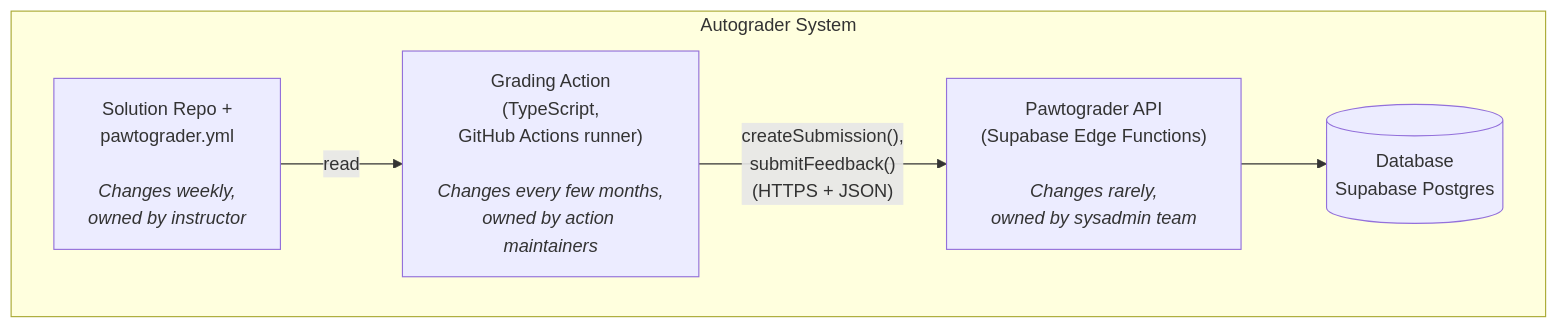
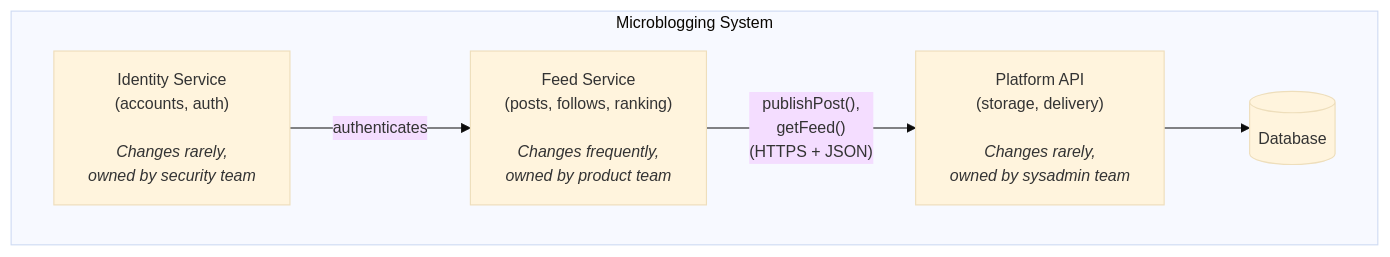
The sixth of 8 diagrams in lecture-slides-spertus/l18-architecture-design.mdx (neu-pdi/cs3100-public-resources), drawn with Mermaid before and after one commit. The commit also changed other lines of this file, not shown here.

````diff
--- a/lecture-slides-spertus/l18-architecture-design.mdx
+++ b/lecture-slides-spertus/l18-architecture-design.mdx
@@ -1356,13 +1128,14 @@
 ```mermaid
+%%{init: {'theme': 'base', 'themeVariables': { 'fontSize': '14px' }}}%%
 graph TD
-    subgraph Autograder System
-        SolutionRepo["Solution Repo +<br/>pawtograder.yml<br/><br/><i>Changes weekly,<br/>owned by instructor</i>"]
-        GradingAction["Grading Action<br/>(TypeScript,<br/>GitHub Actions runner)<br/><br/><i>Changes every few months,<br/>owned by action maintainers</i>"]
-        API["Pawtograder API<br/>(Supabase Edge Functions)<br/><br/><i>Changes rarely,<br/>owned by sysadmin team</i>"]
-        DB[("Database<br/>Supabase Postgres")]
+    subgraph Microblogging System
+        Identity["Identity Service<br/>(accounts, auth)<br/><br/><i>Changes rarely,<br/>owned by security team</i>"]
+        Feed["Feed Service<br/>(posts, follows, ranking)<br/><br/><i>Changes frequently,<br/>owned by product team</i>"]
+        API["Platform API<br/>(storage, delivery)<br/><br/><i>Changes rarely,<br/>owned by sysadmin team</i>"]
+        DB[("Database")]
 
-        SolutionRepo -->|read| GradingAction
-        GradingAction -->|"createSubmission(),<br/>submitFeedback()<br/>(HTTPS + JSON)"| API
+        Identity -->|authenticates| Feed
+        Feed -->|"publishPost(),<br/>getFeed()<br/>(HTTPS + JSON)"| API
         API --> DB
     end
 ```
````
